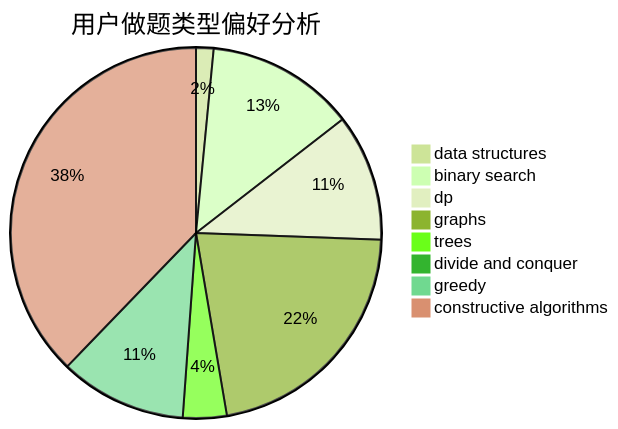
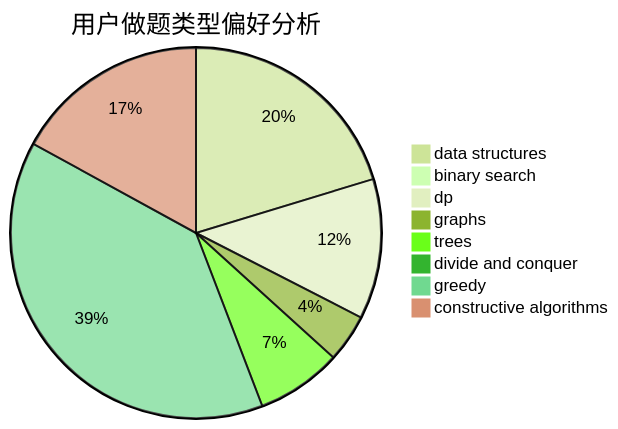
The second of 3 diagrams in docs/user/u1982.md (sherpahu/cfrs.github.io), drawn with Mermaid (forest theme) before and after one commit. The commit also changed other lines of this file and 2770 other files, not shown here.

````diff
--- a/docs/user/u1982.md
+++ b/docs/user/u1982.md
@@ -23,11 +23,11 @@
 ```mermaid
 pie title 用户做题类型偏好分析
-    "data structures" :  4
-    "binary search" :  34
-    "dp" :  29
-    "graphs" :  57
-    "trees" :  10
-    "divide and conquer" :  1
-    "greedy" :  29
-    "constructive algorithms" :  99
+    "data structures" :  68
+    "binary search" :  2
+    "dp" :  41
+    "graphs" :  14
+    "trees" :  25
+    "divide and conquer" :  0
+    "greedy" :  130
+    "constructive algorithms" :  57
 ```
````
